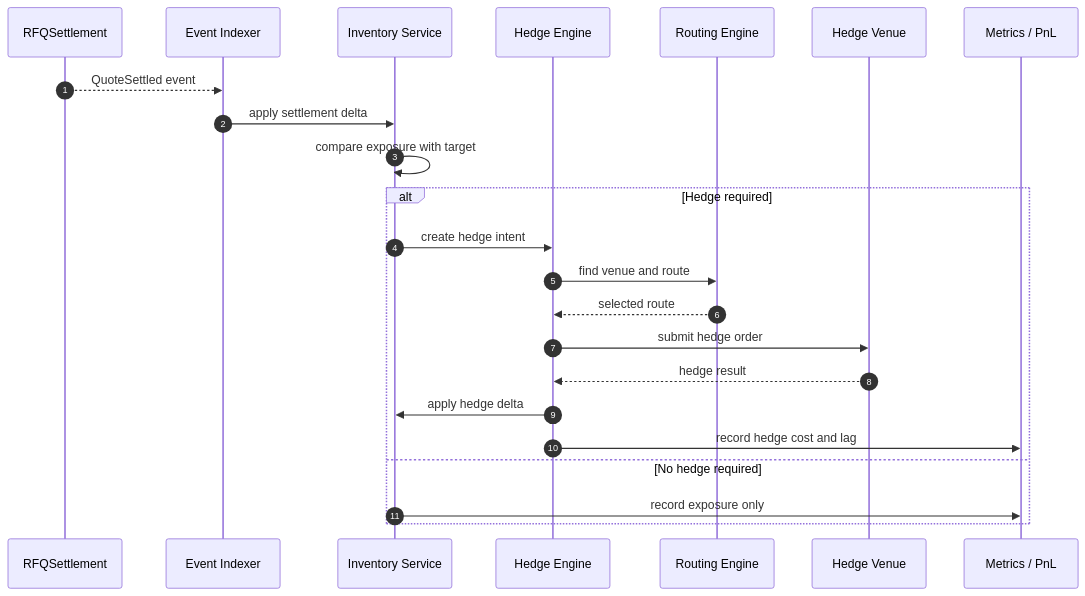
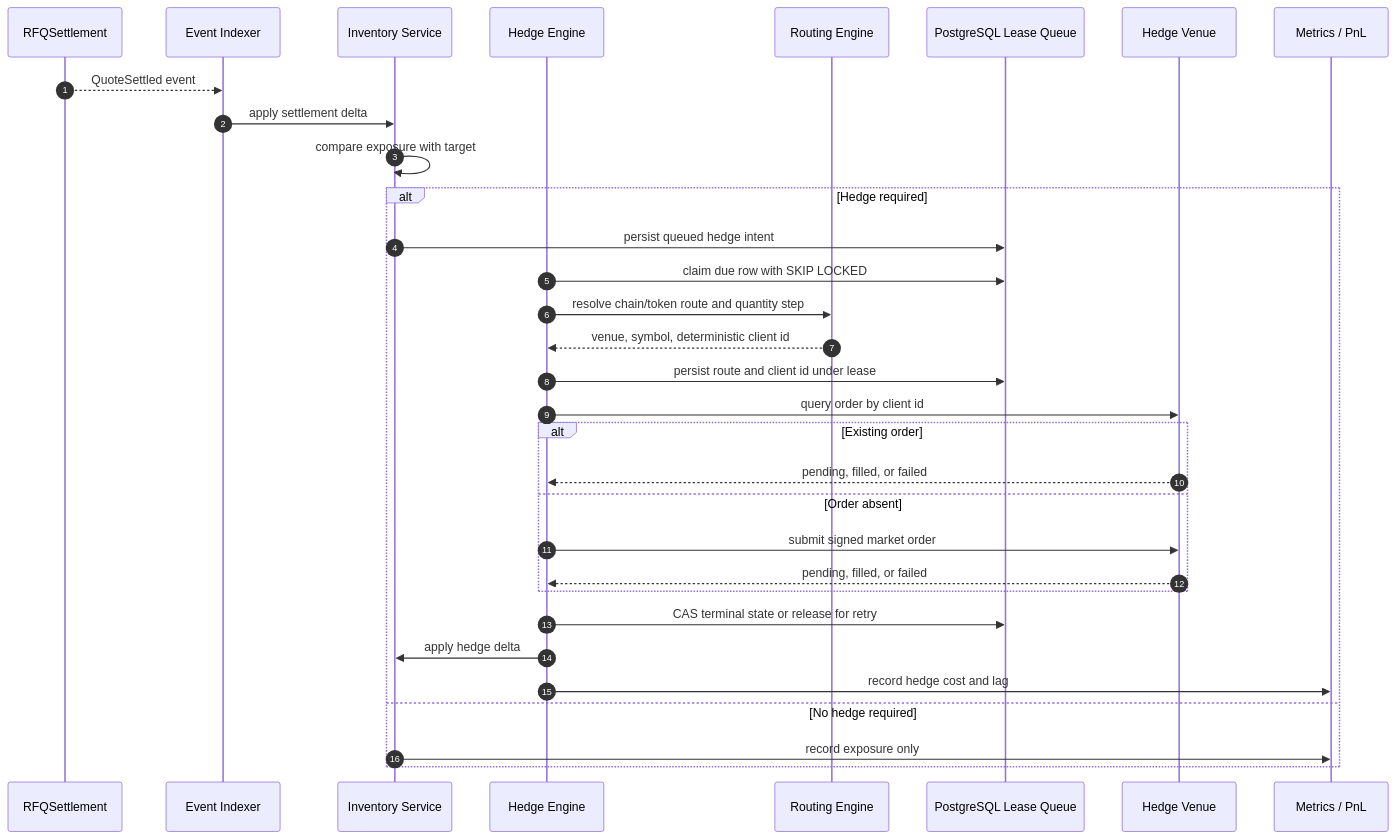
Before and after one commit to alvis-ai/production-grade-web3-rfq-market-maker: the diagram in docs/diagrams/hedge-sequence.md, drawn with Mermaid. The commit also changed other lines of this file and 60 other files, not shown here.

````diff
--- a/docs/diagrams/hedge-sequence.md
+++ b/docs/diagrams/hedge-sequence.md
@@ -5,26 +5,35 @@
 ```mermaid
 sequenceDiagram
   autonumber
   participant Chain as RFQSettlement
   participant Indexer as Event Indexer
   participant Inventory as Inventory Service
   participant Hedge as Hedge Engine
   participant Routing as Routing Engine
+  participant Queue as PostgreSQL Lease Queue
   participant Venue as Hedge Venue
   participant Metrics as Metrics / PnL
 
   Chain-->>Indexer: QuoteSettled event
   Indexer->>Inventory: apply settlement delta
   Inventory->>Inventory: compare exposure with target
   alt Hedge required
-    Inventory->>Hedge: create hedge intent
-    Hedge->>Routing: find venue and route
-    Routing-->>Hedge: selected route
-    Hedge->>Venue: submit hedge order
-    Venue-->>Hedge: hedge result
+    Inventory->>Queue: persist queued hedge intent
+    Hedge->>Queue: claim due row with SKIP LOCKED
+    Hedge->>Routing: resolve chain/token route and quantity step
+    Routing-->>Hedge: venue, symbol, deterministic client id
+    Hedge->>Queue: persist route and client id under lease
+    Hedge->>Venue: query order by client id
+    alt Existing order
+      Venue-->>Hedge: pending, filled, or failed
+    else Order absent
+      Hedge->>Venue: submit signed market order
+      Venue-->>Hedge: pending, filled, or failed
+    end
+    Hedge->>Queue: CAS terminal state or release for retry
     Hedge->>Inventory: apply hedge delta
     Hedge->>Metrics: record hedge cost and lag
   else No hedge required
     Inventory->>Metrics: record exposure only
   end
 ```
````
